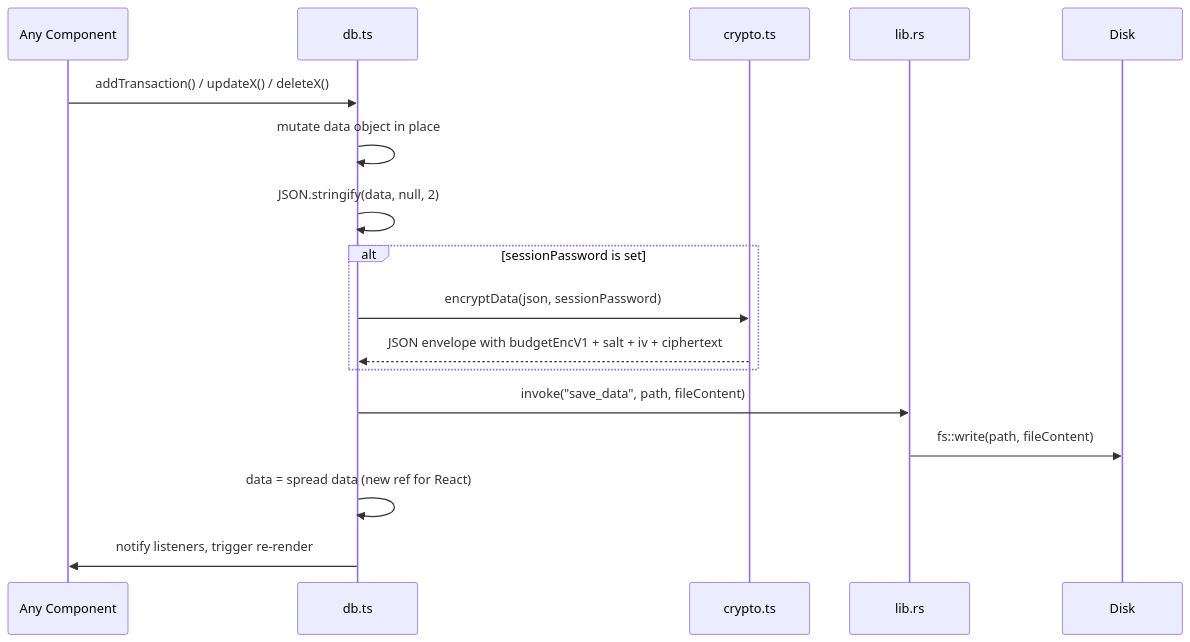
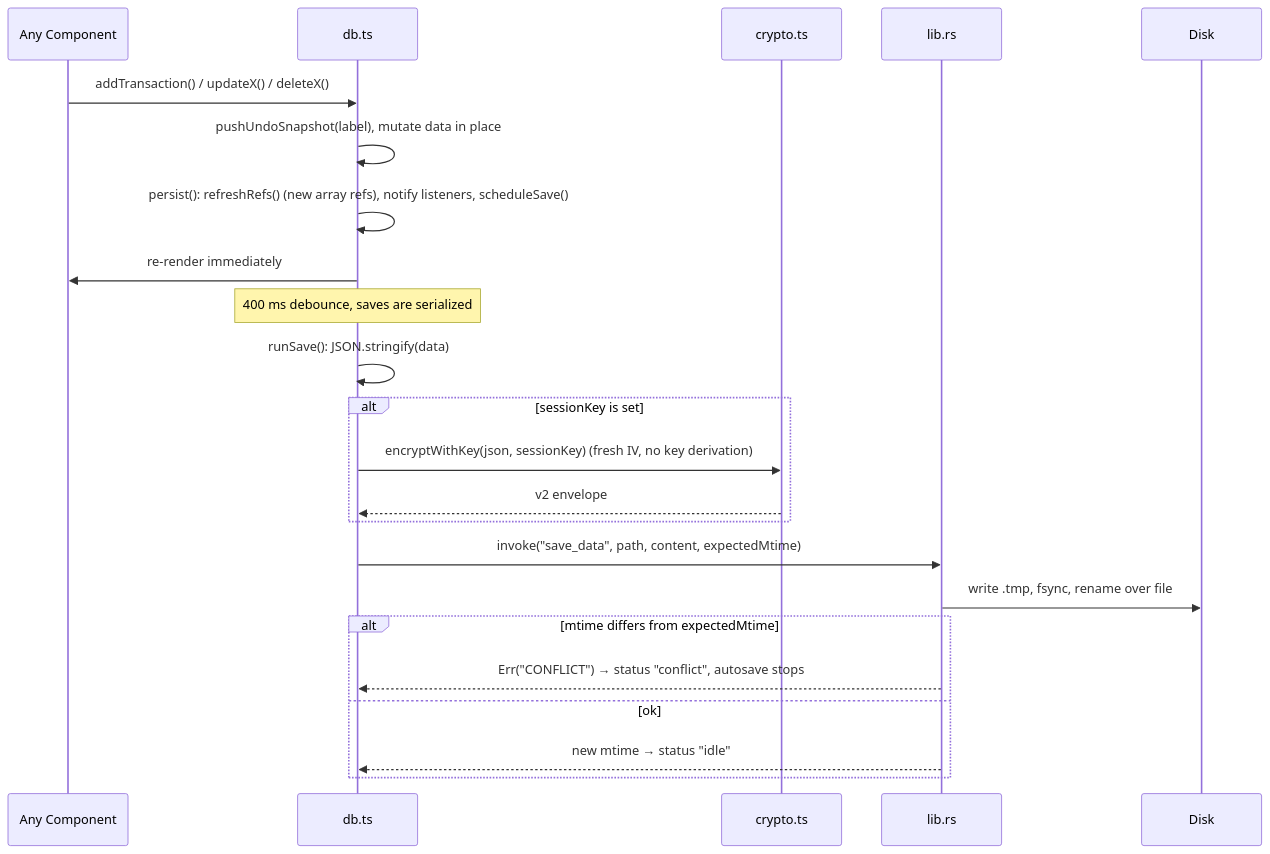
One commit to Kll7Ordin/kestl changed the second of 2 diagrams in docs/flows/save-load.md. Above: the diagram before and after it, drawn with Mermaid. The commit also changed other lines of this file and 3 other files, not shown here.

````diff
--- a/docs/flows/save-load.md
+++ b/docs/flows/save-load.md
@@ -45,22 +47,26 @@
 ```mermaid
 sequenceDiagram
     participant Comp as Any Component
     participant DB as db.ts
     participant Cry as crypto.ts
     participant Tau as lib.rs
     participant Disk
 
     Comp->>DB: addTransaction() / updateX() / deleteX()
-    DB->>DB: mutate data object in place
-
-    DB->>DB: JSON.stringify(data, null, 2)
-    alt sessionPassword is set
-        DB->>Cry: encryptData(json, sessionPassword)
-        Cry-->>DB: JSON envelope with budgetEncV1 + salt + iv + ciphertext
+    DB->>DB: pushUndoSnapshot(label), mutate data in place
+    DB->>DB: persist(): refreshRefs() (new array refs), notify listeners, scheduleSave()
+    DB->>Comp: re-render immediately
+    Note over DB: 400 ms debounce, saves are serialized
+    DB->>DB: runSave(): JSON.stringify(data)
+    alt sessionKey is set
+        DB->>Cry: encryptWithKey(json, sessionKey) (fresh IV, no key derivation)
+        Cry-->>DB: v2 envelope
     end
-
-    DB->>Tau: invoke("save_data", path, fileContent)
-    Tau->>Disk: fs::write(path, fileContent)
-    DB->>DB: data = spread data (new ref for React)
-    DB->>Comp: notify listeners, trigger re-render
+    DB->>Tau: invoke("save_data", path, content, expectedMtime)
+    Tau->>Disk: write .tmp, fsync, rename over file
+    alt mtime differs from expectedMtime
+        Tau-->>DB: Err("CONFLICT") → status "conflict", autosave stops
+    else ok
+        Tau-->>DB: new mtime → status "idle"
+    end
 ```
````
